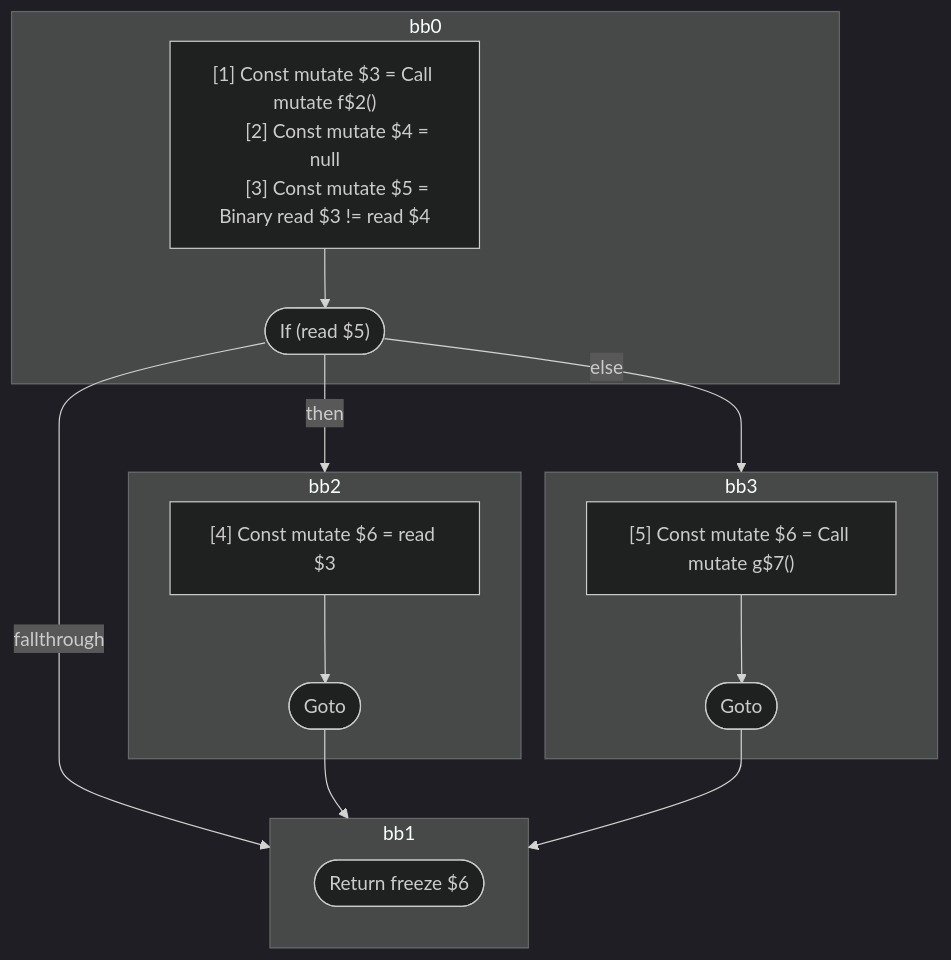
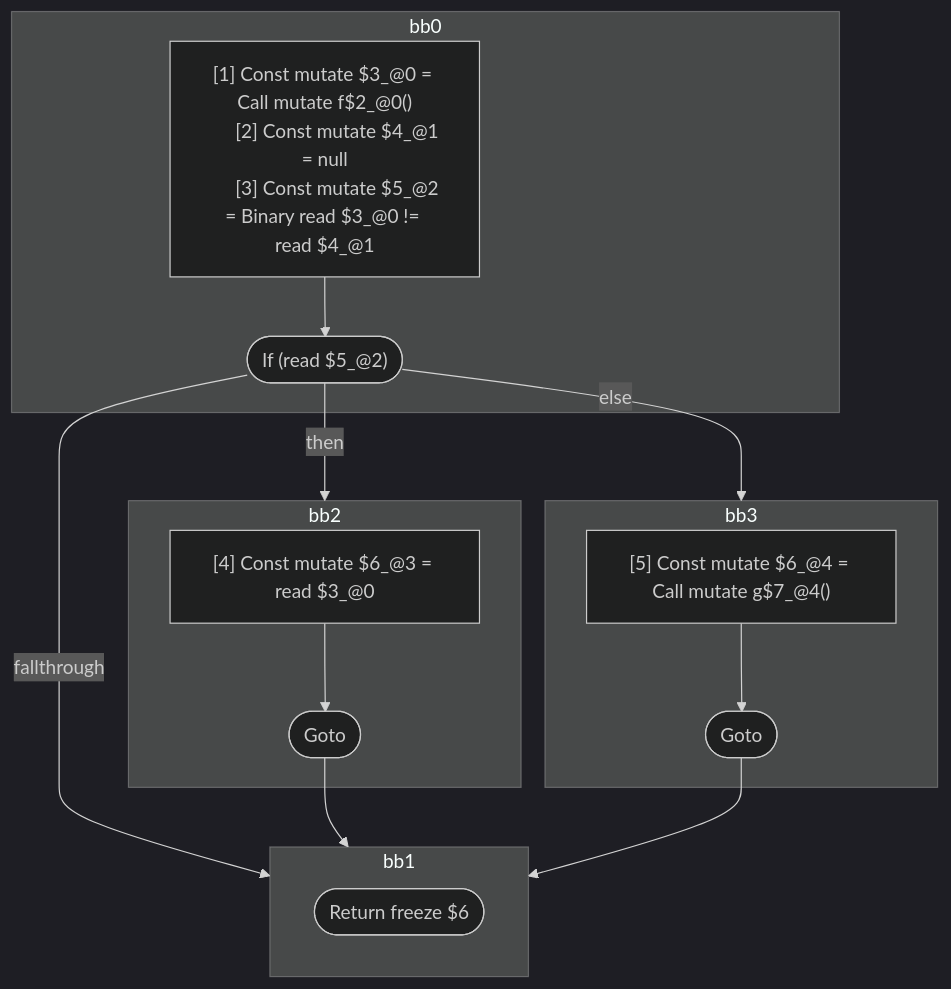
One commit to wutsmog/private changed the third of 5 diagrams in compiler/forget/src/__tests__/fixtures/hir/logical-expression.expect.md. Above: the diagram before and after it, drawn with Mermaid (dark theme). The commit also changed other lines of this file and 60 other files, not shown here.

````diff
--- a/compiler/forget/src/__tests__/fixtures/hir/logical-expression.expect.md
+++ b/compiler/forget/src/__tests__/fixtures/hir/logical-expression.expect.md
@@ -177,35 +177,35 @@
 ```mermaid
 flowchart TB
   %% Basic Blocks
   subgraph bb0
     bb0_instrs["
-      [1] Const mutate $3 = Call mutate f$2()
-      [2] Const mutate $4 = null
-      [3] Const mutate $5 = Binary read $3 != read $4
+      [1] Const mutate $3_@0 = Call mutate f$2_@0()
+      [2] Const mutate $4_@1 = null
+      [3] Const mutate $5_@2 = Binary read $3_@0 != read $4_@1
     "]
-    bb0_instrs --> bb0_terminal(["If (read $5)"])
+    bb0_instrs --> bb0_terminal(["If (read $5_@2)"])
   end
   subgraph bb2
     bb2_instrs["
-      [4] Const mutate $6 = read $3
+      [4] Const mutate $6_@3 = read $3_@0
     "]
     bb2_instrs --> bb2_terminal(["Goto"])
   end
   subgraph bb3
     bb3_instrs["
-      [5] Const mutate $6 = Call mutate g$7()
+      [5] Const mutate $6_@4 = Call mutate g$7_@4()
     "]
     bb3_instrs --> bb3_terminal(["Goto"])
   end
   subgraph bb1
     bb1_terminal(["Return freeze $6"])
   end
 
   %% Jumps
   bb0_terminal -- then --> bb2
   bb0_terminal -- else --> bb3
   bb0_terminal -- fallthrough --> bb1
   bb2_terminal --> bb1
   bb3_terminal --> bb1
 
 ```
````
